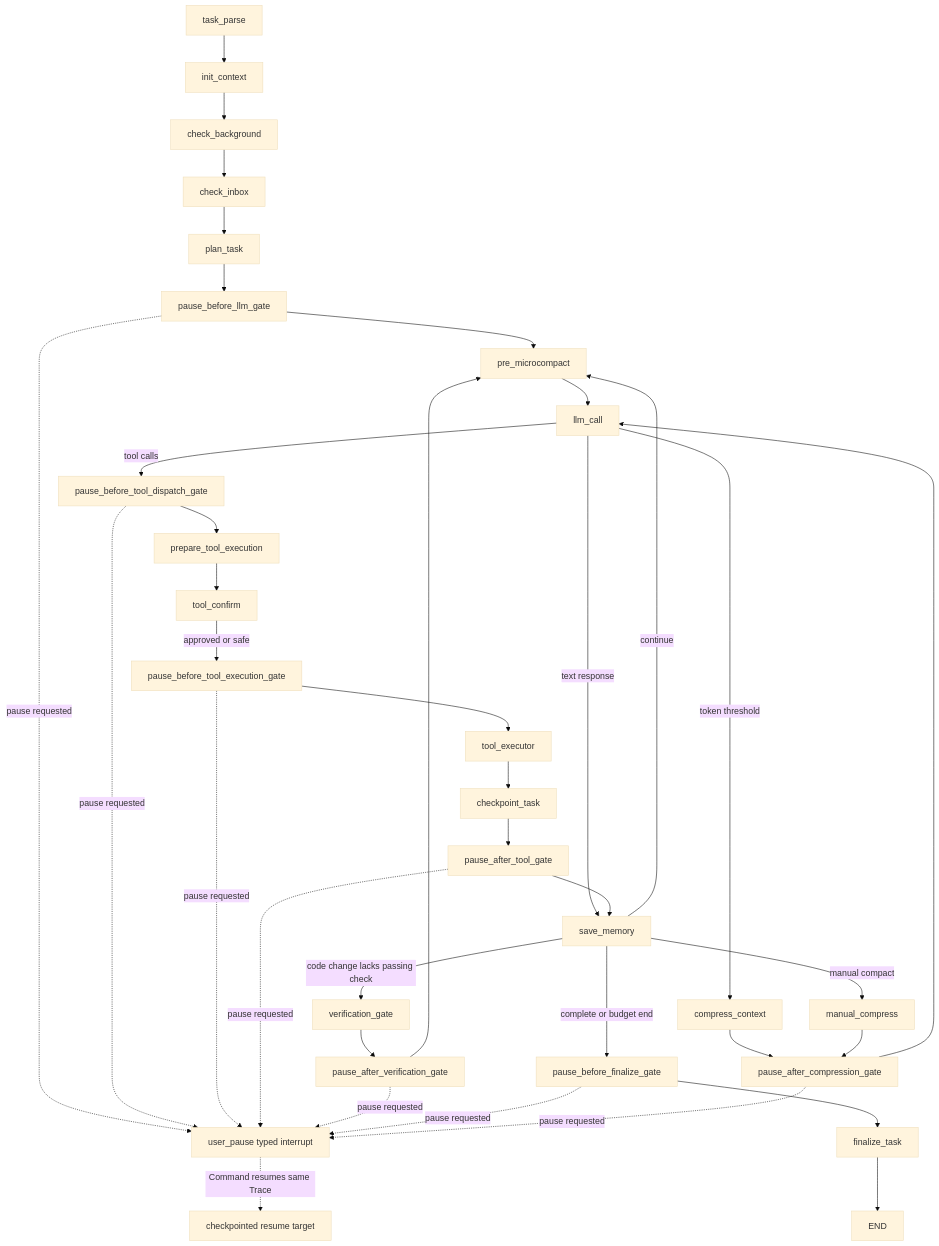
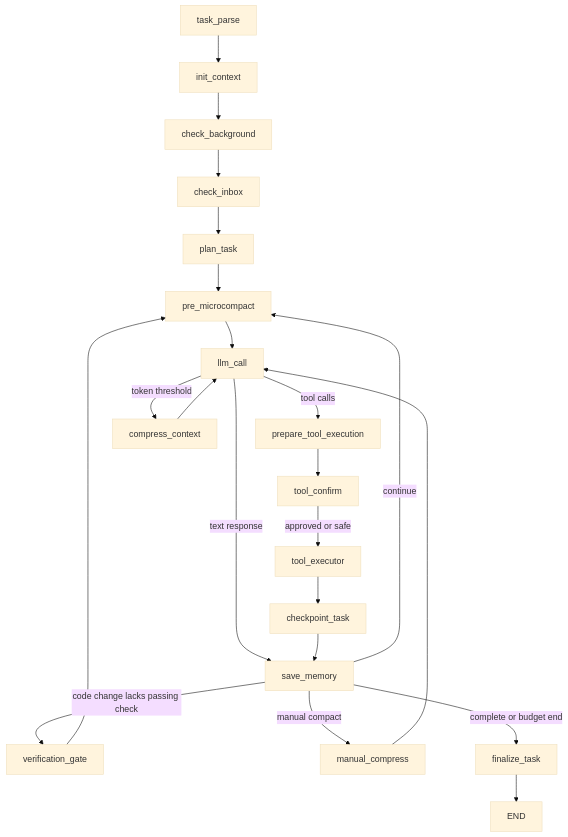
The second of 7 diagrams in ARCHITECTURE.md (Gxh-aviliable/enterprise-controlled-coding-agent), drawn with Mermaid (base theme) before and after one commit. The commit also changed other lines of this file and 55 other files, not shown here.

Commit message:
feat: replace user pause with reliable cancel and replan

````diff
--- a/ARCHITECTURE.md
+++ b/ARCHITECTURE.md
@@ -42,40 +42,24 @@
 ```mermaid
 flowchart TD
     P[task_parse] --> A[init_context]
     A --> B[check_background]
     B --> C[check_inbox]
     C --> PL[plan_task]
-    PL --> PB[pause_before_llm_gate]
-    PB --> D[pre_microcompact]
+    PL --> D[pre_microcompact]
     D --> E[llm_call]
-    E -->|tool calls| PD[pause_before_tool_dispatch_gate]
-    PD --> PE[prepare_tool_execution]
+    E -->|tool calls| PE[prepare_tool_execution]
     PE --> F[tool_confirm]
-    F -->|approved or safe| PX[pause_before_tool_execution_gate]
-    PX --> G[tool_executor]
+    F -->|approved or safe| G[tool_executor]
     E -->|text response| H[save_memory]
     G --> CP[checkpoint_task]
-    CP --> PA[pause_after_tool_gate]
-    PA --> H
+    CP --> H
     E -->|token threshold| I[compress_context]
     H -->|continue| D
     H -->|code change lacks passing check| V[verification_gate]
-    V --> PV[pause_after_verification_gate]
-    PV --> D
+    V --> D
     H -->|manual compact| J[manual_compress]
-    H -->|complete or budget end| PF[pause_before_finalize_gate]
-    PF --> FN[finalize_task]
+    H -->|complete or budget end| FN[finalize_task]
     FN --> K[END]
-    I --> PC[pause_after_compression_gate]
-    J --> PC
-    PC --> E
-
-    PB -. pause requested .-> UP[user_pause typed interrupt]
-    PD -. pause requested .-> UP
-    PX -. pause requested .-> UP
-    PA -. pause requested .-> UP
-    PV -. pause requested .-> UP
-    PF -. pause requested .-> UP
-    PC -. pause requested .-> UP
-    UP -. Command resumes same Trace .-> RT[checkpointed resume target]
+    I --> E
+    J --> E
 ```
````
